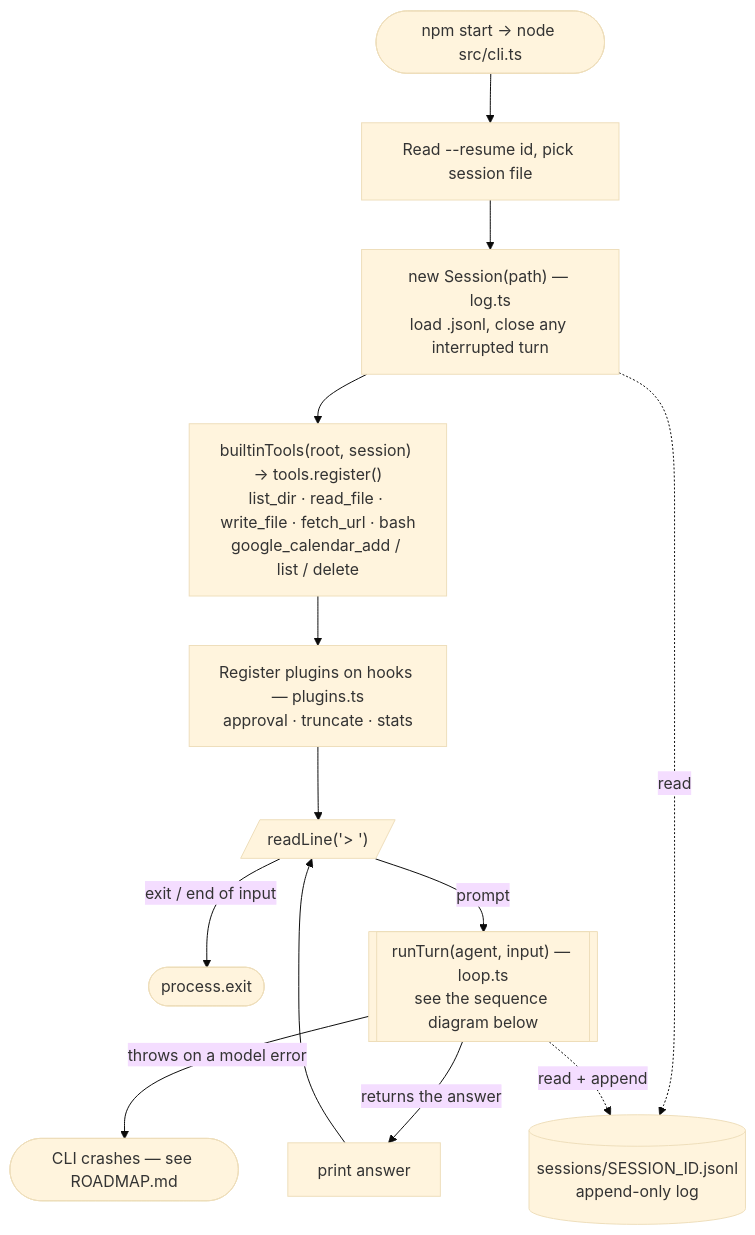
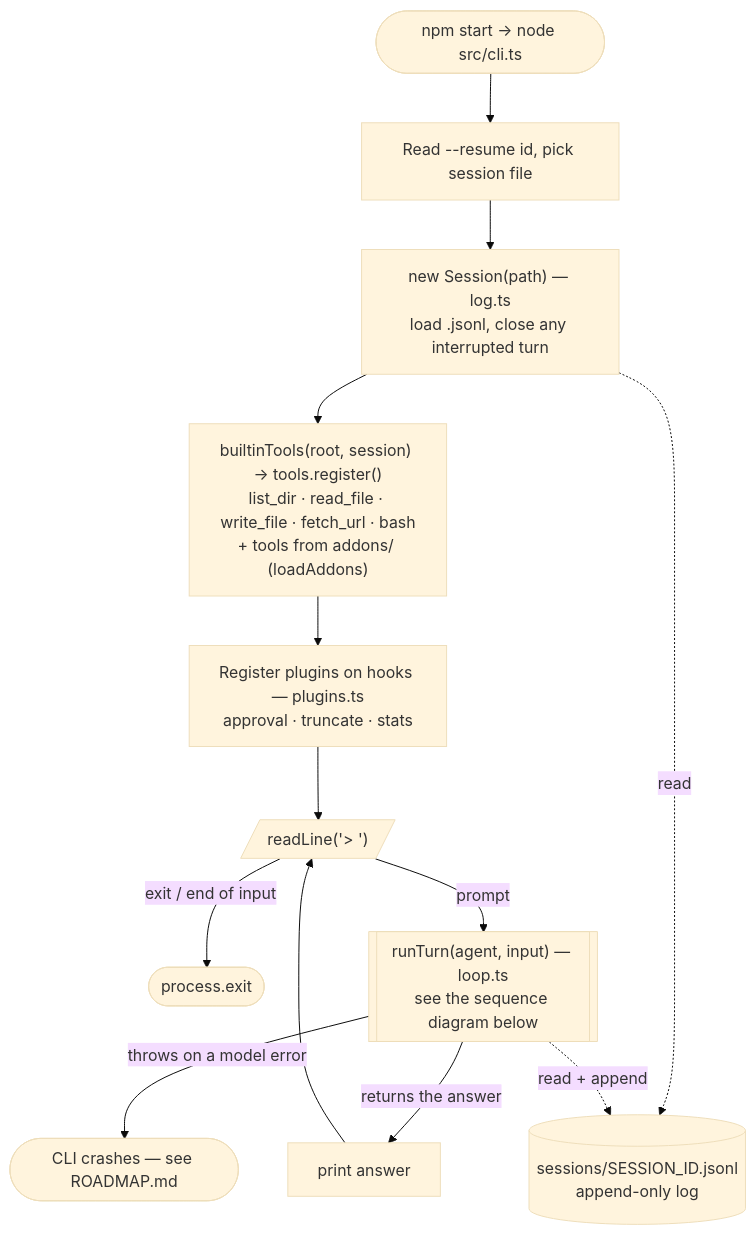
The first of 2 diagrams in README.md (karthikeyanrathore/tiny-harness), drawn with Mermaid (base theme) before and after one commit. The commit also changed other lines of this file and 15 other files, not shown here.

````diff
--- a/README.md
+++ b/README.md
@@ -70,17 +87,17 @@
 ```mermaid
 flowchart TD
     A(["npm start → node src/cli.ts"]) --> B["Read --resume id, pick session file"]
     B --> C["new Session(path) — log.ts<br/>load .jsonl, close any interrupted turn"]
-    C --> D["builtinTools(root, session) → tools.register()<br/>list_dir · read_file · write_file · fetch_url · bash<br/>google_calendar_add / list / delete"]
+    C --> D["builtinTools(root, session) → tools.register()<br/>list_dir · read_file · write_file · fetch_url · bash<br/>+ tools from addons/ (loadAddons)"]
     D --> E["Register plugins on hooks — plugins.ts<br/>approval · truncate · stats"]
     E --> F[/"readLine('> ')"/]
 
     F -->|"exit / end of input"| Z(["process.exit"])
     F -->|"prompt"| RT[["runTurn(agent, input) — loop.ts<br/>see the sequence diagram below"]]
     RT -->|"returns the answer"| P["print answer"] --> F
     RT -->|"throws on a model error"| CRASH(["CLI crashes — see ROADMAP.md"])
 
     LOG[("sessions/SESSION_ID.jsonl<br/>append-only log")]
     C -.->|read| LOG
     RT -.->|"read + append"| LOG
 ```
````
